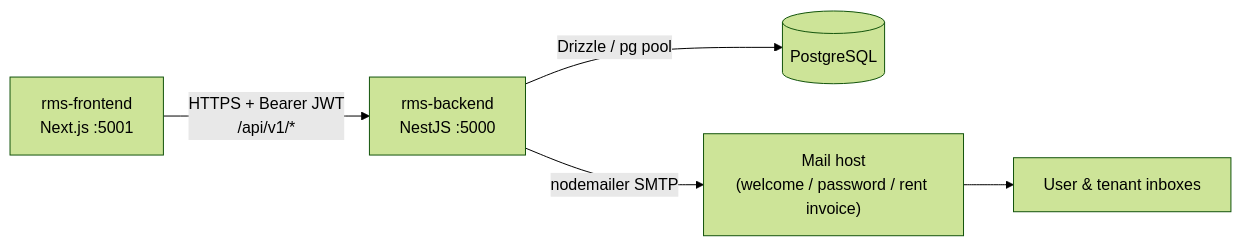
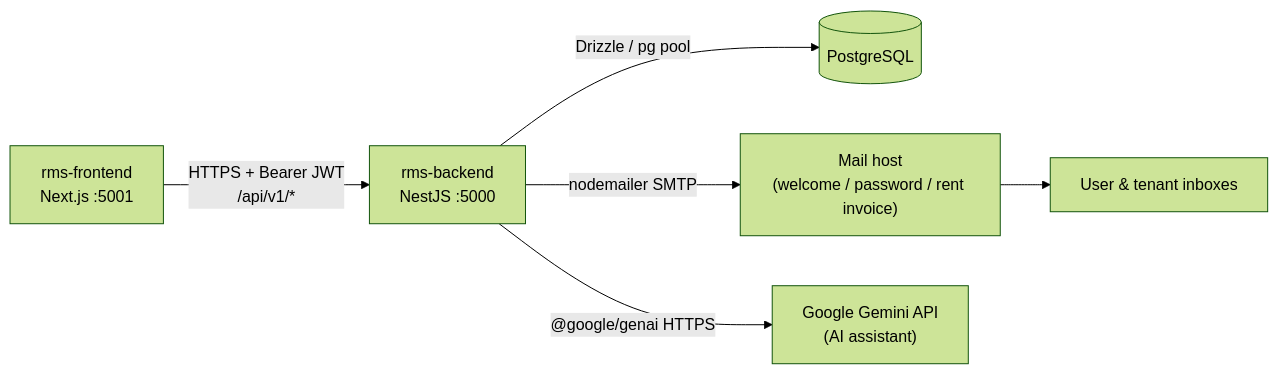
The first of 4 diagrams in README.md (zeeshan-6789539/rms-backend), drawn with Mermaid (forest theme) before and after one commit. The commit also changed other lines of this file and 23 other files, not shown here.

First line of the commit message:
Add Gemini AI assistant with read-only tools (POST /ai/chat)

````diff
--- a/README.md
+++ b/README.md
@@ -27,7 +27,8 @@
 ```mermaid
 flowchart LR
   Browser["rms-frontend<br/>Next.js :5001"] -->|"HTTPS + Bearer JWT<br/>/api/v1/*"| API["rms-backend<br/>NestJS :5000"]
   API -->|Drizzle / pg pool| DB[(PostgreSQL)]
   API -->|nodemailer SMTP| Mail["Mail host<br/>(welcome / password / rent invoice)"]
   Mail --> Inbox["User & tenant inboxes"]
+  API -->|"@google/genai HTTPS"| Gemini["Google Gemini API<br/>(AI assistant)"]
 ```
````
